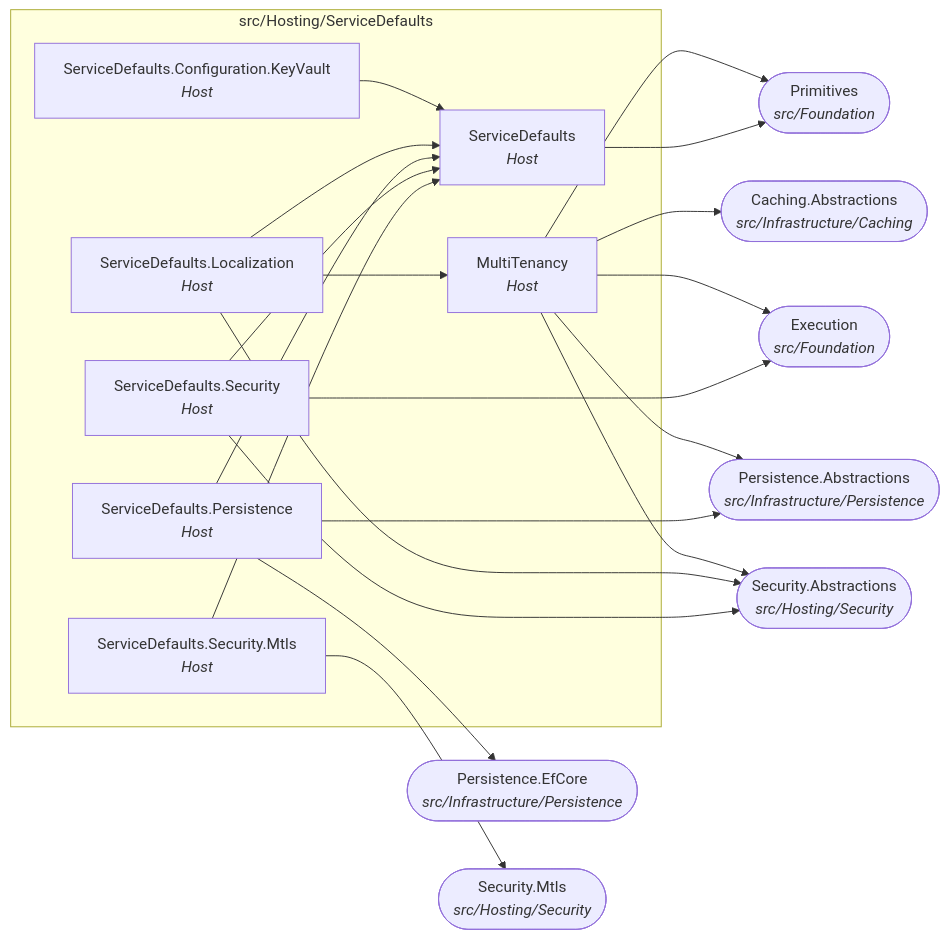
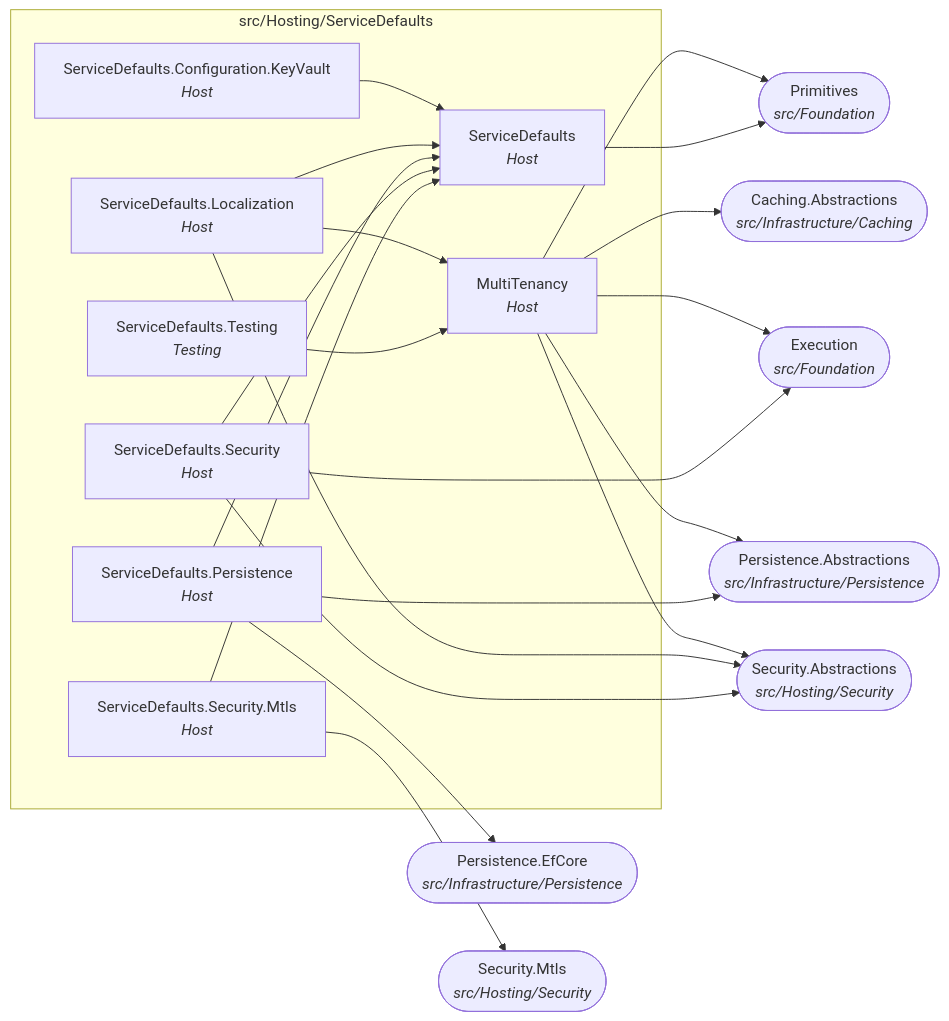
One commit to Gresta-Vertex-Labs/platform-shared-kernel changed the sixth of 22 diagrams in docs/dependency-graph.md. Above: the diagram before and after it, drawn with Mermaid. The commit also changed other lines of this file and 508 other files, not shown here.

````diff
--- a/docs/dependency-graph.md
+++ b/docs/dependency-graph.md
@@ -238,37 +250,39 @@
 ```mermaid
 flowchart LR
   subgraph folder_src_Hosting_ServiceDefaults["src/Hosting/ServiceDefaults"]
     SharedKernel_MultiTenancy["MultiTenancy<br/><i>Host</i>"]
     SharedKernel_ServiceDefaults["ServiceDefaults<br/><i>Host</i>"]
     SharedKernel_ServiceDefaults_Configuration_KeyVault["ServiceDefaults.Configuration.KeyVault<br/><i>Host</i>"]
     SharedKernel_ServiceDefaults_Localization["ServiceDefaults.Localization<br/><i>Host</i>"]
     SharedKernel_ServiceDefaults_Persistence["ServiceDefaults.Persistence<br/><i>Host</i>"]
     SharedKernel_ServiceDefaults_Security["ServiceDefaults.Security<br/><i>Host</i>"]
     SharedKernel_ServiceDefaults_Security_Mtls["ServiceDefaults.Security.Mtls<br/><i>Host</i>"]
+    SharedKernel_ServiceDefaults_Testing["ServiceDefaults.Testing<br/><i>Testing</i>"]
   end
   SharedKernel_Caching_Abstractions(["Caching.Abstractions<br/><i>src/Infrastructure/Caching</i>"])
   SharedKernel_Execution(["Execution<br/><i>src/Foundation</i>"])
   SharedKernel_Persistence_Abstractions(["Persistence.Abstractions<br/><i>src/Infrastructure/Persistence</i>"])
   SharedKernel_Persistence_EfCore(["Persistence.EfCore<br/><i>src/Infrastructure/Persistence</i>"])
   SharedKernel_Primitives(["Primitives<br/><i>src/Foundation</i>"])
   SharedKernel_Security_Abstractions(["Security.Abstractions<br/><i>src/Hosting/Security</i>"])
   SharedKernel_Security_Mtls(["Security.Mtls<br/><i>src/Hosting/Security</i>"])
   SharedKernel_MultiTenancy --> SharedKernel_Caching_Abstractions
   SharedKernel_MultiTenancy --> SharedKernel_Execution
   SharedKernel_MultiTenancy --> SharedKernel_Persistence_Abstractions
   SharedKernel_MultiTenancy --> SharedKernel_Primitives
   SharedKernel_MultiTenancy --> SharedKernel_Security_Abstractions
   SharedKernel_ServiceDefaults --> SharedKernel_Primitives
   SharedKernel_ServiceDefaults_Configuration_KeyVault --> SharedKernel_ServiceDefaults
   SharedKernel_ServiceDefaults_Localization --> SharedKernel_MultiTenancy
   SharedKernel_ServiceDefaults_Localization --> SharedKernel_Security_Abstractions
   SharedKernel_ServiceDefaults_Localization --> SharedKernel_ServiceDefaults
   SharedKernel_ServiceDefaults_Persistence --> SharedKernel_Persistence_Abstractions
   SharedKernel_ServiceDefaults_Persistence --> SharedKernel_Persistence_EfCore
   SharedKernel_ServiceDefaults_Persistence --> SharedKernel_ServiceDefaults
   SharedKernel_ServiceDefaults_Security --> SharedKernel_Execution
   SharedKernel_ServiceDefaults_Security --> SharedKernel_Security_Abstractions
   SharedKernel_ServiceDefaults_Security --> SharedKernel_ServiceDefaults
   SharedKernel_ServiceDefaults_Security_Mtls --> SharedKernel_Security_Mtls
   SharedKernel_ServiceDefaults_Security_Mtls --> SharedKernel_ServiceDefaults
+  SharedKernel_ServiceDefaults_Testing --> SharedKernel_MultiTenancy
 ```
````
